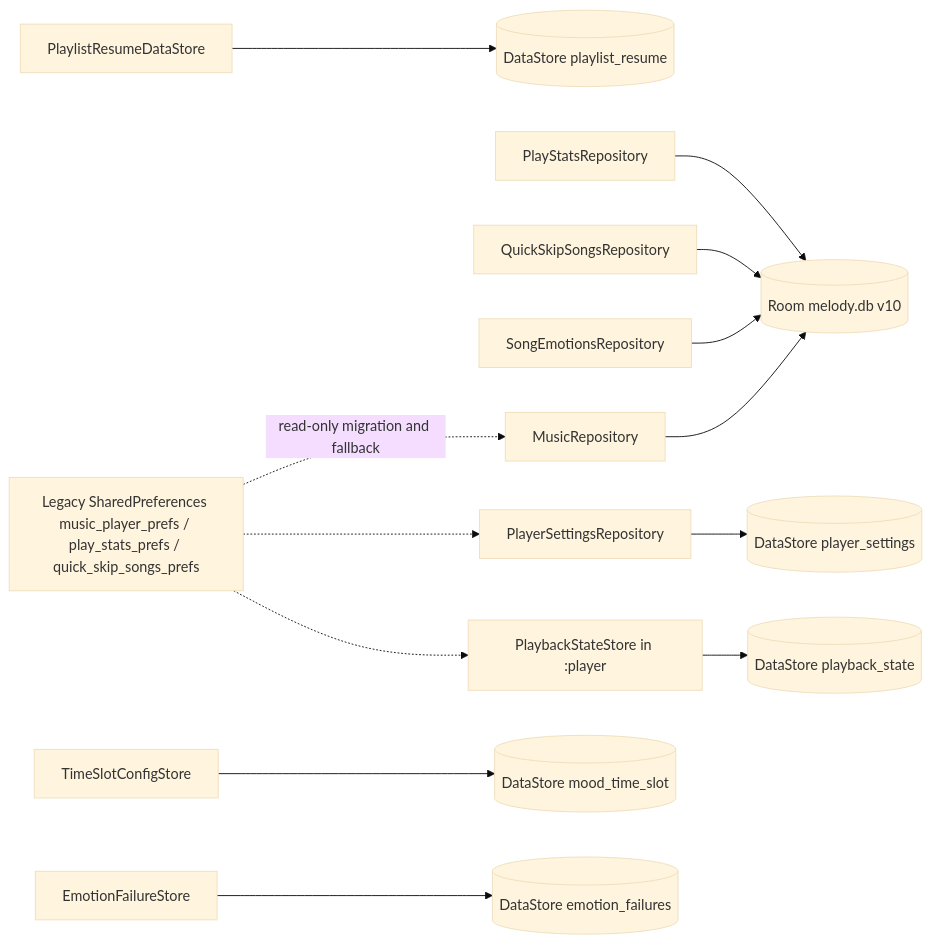
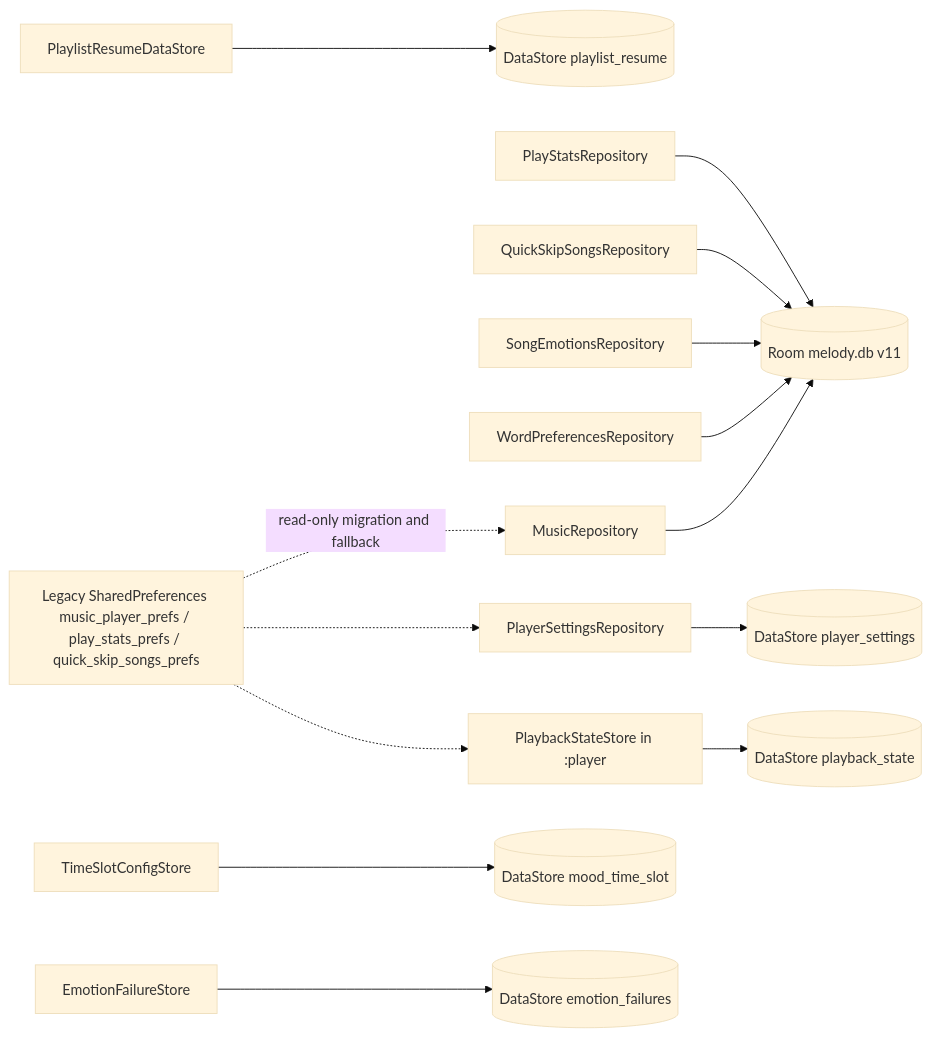
Before and after one commit to DefineMyCode/melody-in-heart-x: the first of 2 diagrams in openwiki/architecture/data-persistence.md, drawn with Mermaid (base theme). The commit also changed other lines of this file and 38 other files, not shown here.

Commit message:
docs(openwiki): 知识库刷新到 v3.11.0(探索播放/高采样率情绪/DB v11 word_preferences)

````diff
--- a/openwiki/architecture/data-persistence.md
+++ b/openwiki/architecture/data-persistence.md
@@ -125,15 +135,16 @@
 ```mermaid
 flowchart LR
-    MUSIC["MusicRepository"] --> DB[("Room melody.db v10")]
+    MUSIC["MusicRepository"] --> DB[("Room melody.db v11")]
     STATS["PlayStatsRepository"] --> DB
     SKIP["QuickSkipSongsRepository"] --> DB
     EMO["SongEmotionsRepository"] --> DB
+    WORDS["WordPreferencesRepository"] --> DB
     SETTINGS["PlayerSettingsRepository"] --> DS1[("DataStore player_settings")]
     RESUME["PlaylistResumeDataStore"] --> DS2[("DataStore playlist_resume")]
     SLOT["TimeSlotConfigStore"] --> DS3[("DataStore mood_time_slot")]
     FAIL["EmotionFailureStore"] --> DS4[("DataStore emotion_failures")]
     STATE["PlaybackStateStore in :player"] --> DS5[("DataStore playback_state")]
     LEGACY["Legacy SharedPreferences music_player_prefs / play_stats_prefs / quick_skip_songs_prefs"] -. read-only migration and fallback .-> MUSIC
     LEGACY -.-> SETTINGS
     LEGACY -.-> STATE
 ```
````
